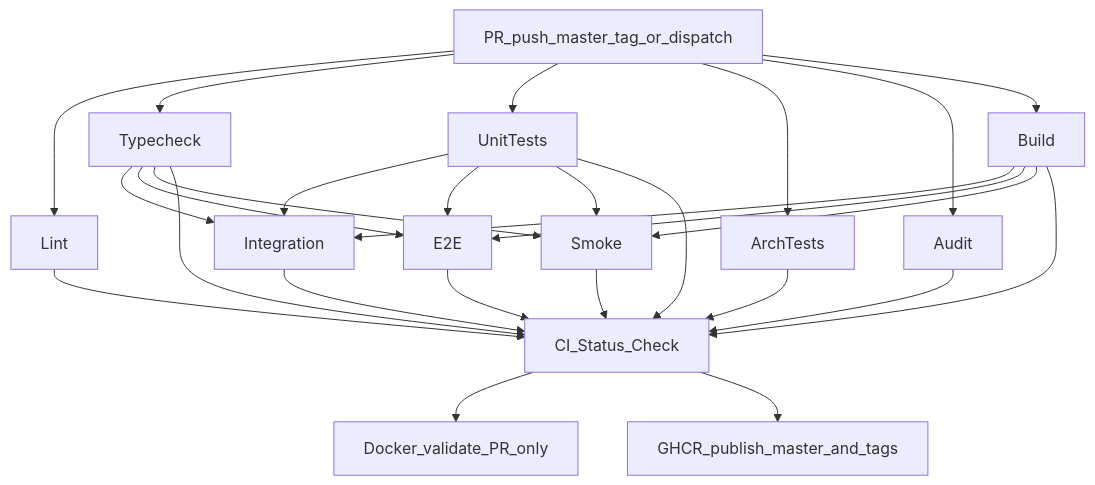
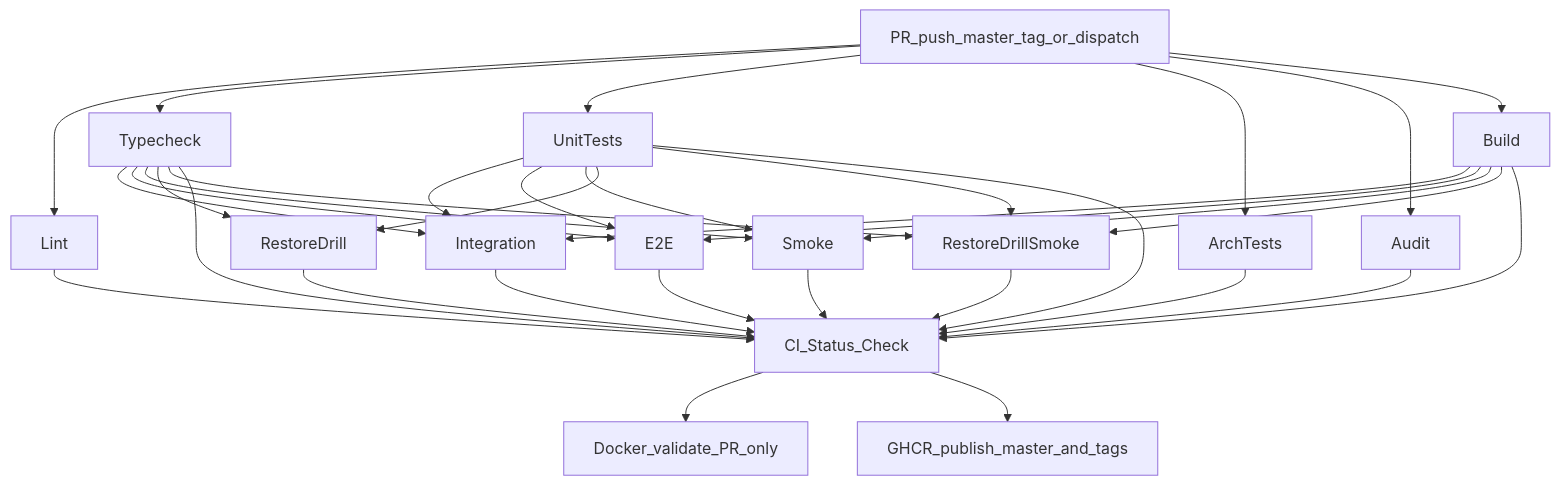
Before and after one commit to raouf-b-dev/ecommerce-store-api: the diagram in docs/infrastructure/cicd/PROJECT-PIPELINE.md, drawn with Mermaid. The commit also changed other lines of this file and 1 other file, not shown here.

````diff
--- a/docs/infrastructure/cicd/PROJECT-PIPELINE.md
+++ b/docs/infrastructure/cicd/PROJECT-PIPELINE.md
@@ -11,32 +11,39 @@
 ```mermaid
 graph TD
     Trigger[PR_push_master_tag_or_dispatch] --> Lint
     Trigger --> Typecheck
     Trigger --> UnitTests
     Trigger --> ArchTests
     Trigger --> Audit
     Trigger --> Build
 
     Typecheck --> Integration
     UnitTests --> Integration
     Build --> Integration
     Typecheck --> E2E
     UnitTests --> E2E
     Build --> E2E
     Typecheck --> Smoke
     UnitTests --> Smoke
     Build --> Smoke
+    Typecheck --> RestoreDrill
+    UnitTests --> RestoreDrill
+    Typecheck --> RestoreDrillSmoke
+    UnitTests --> RestoreDrillSmoke
+    Build --> RestoreDrillSmoke
 
     Lint --> StatusCheck
     Typecheck --> StatusCheck
     UnitTests --> StatusCheck
     ArchTests --> StatusCheck
     Audit --> StatusCheck
     Build --> StatusCheck
     Integration --> StatusCheck
     E2E --> StatusCheck
     Smoke --> StatusCheck
+    RestoreDrill --> StatusCheck
+    RestoreDrillSmoke --> StatusCheck
 
     StatusCheck[CI_Status_Check] --> DockerValidate[Docker_validate_PR_only]
     StatusCheck --> DockerPublish[GHCR_publish_master_and_tags]
 ```
````
